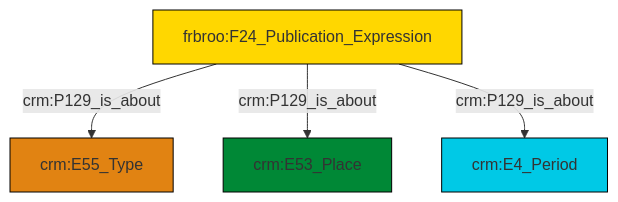
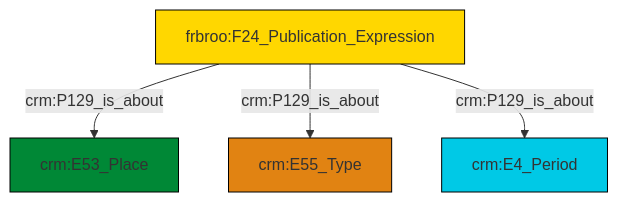
The diagram in et/biblioCSV/ttl/mmd/biblio_aboutness.ttl.mmd (swiss-art-research-net/reference-data-models), drawn with Mermaid before and after one commit. The commit also changed 126 other files, not shown here.

```diff
--- a/et/biblioCSV/ttl/mmd/biblio_aboutness.ttl.mmd
+++ b/et/biblioCSV/ttl/mmd/biblio_aboutness.ttl.mmd
@@ -1,18 +1,18 @@
 graph TD
 classDef Literal fill:#f2f2f2,stroke:#000000;
 classDef CRM_Entity fill:#FFFFFF,stroke:#000000;
 classDef Temporal_Entity fill:#00C9E6, stroke:#000000;
 classDef Type fill:#E18312, stroke:#000000;
 classDef Time-Span fill:#2C9C91, stroke:#000000;
 classDef Appellation fill:#FFEB7F, stroke:#000000;
 classDef Place fill:#008836, stroke:#000000;
 classDef Persistent_Item fill:#B266B2, stroke:#000000;
 classDef Conceptual_Object fill:#FFD700, stroke:#000000;
 classDef Physical_Thing fill:#D2B48C, stroke:#000000;
 classDef Actor fill:#f58aad, stroke:#000000;
 classDef PC_Classes fill:#4ce600, stroke:#000000;
 classDef Multi fill:#cccccc,stroke:#000000;
 
-4["frbroo:F24_Publication_Expression"]:::Conceptual_Object -->|crm:P129_is_about| 5["crm:E55_Type"]:::Type
-4["frbroo:F24_Publication_Expression"]:::Conceptual_Object -->|crm:P129_is_about| 0["crm:E53_Place"]:::Place
-4["frbroo:F24_Publication_Expression"]:::Conceptual_Object -->|crm:P129_is_about| 2["crm:E4_Period"]:::Temporal_Entity
+2["frbroo:F24_Publication_Expression"]:::Conceptual_Object -->|crm:P129_is_about| 0["crm:E53_Place"]:::Place
+2["frbroo:F24_Publication_Expression"]:::Conceptual_Object -->|crm:P129_is_about| 3["crm:E55_Type"]:::Type
+2["frbroo:F24_Publication_Expression"]:::Conceptual_Object -->|crm:P129_is_about| 4["crm:E4_Period"]:::Temporal_Entity
```
